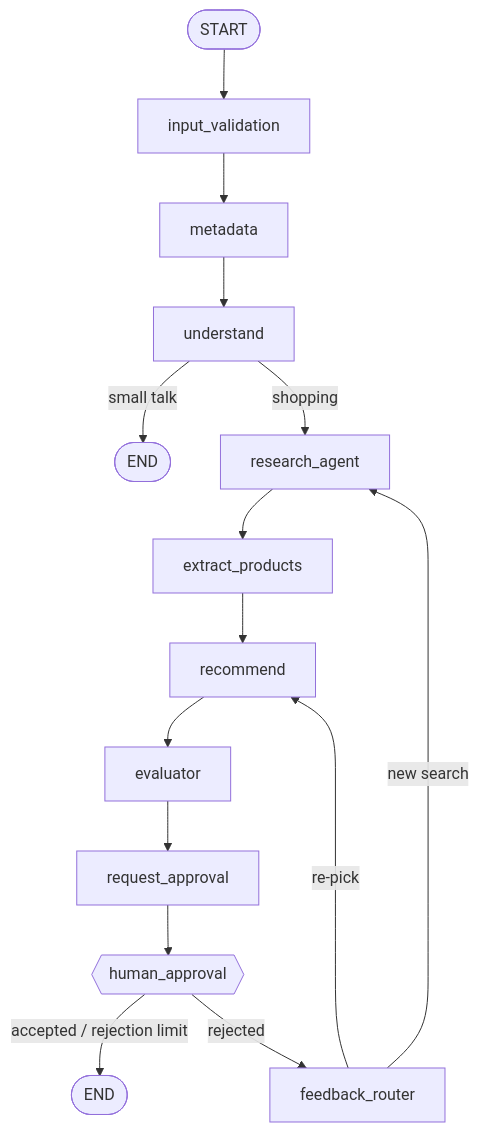
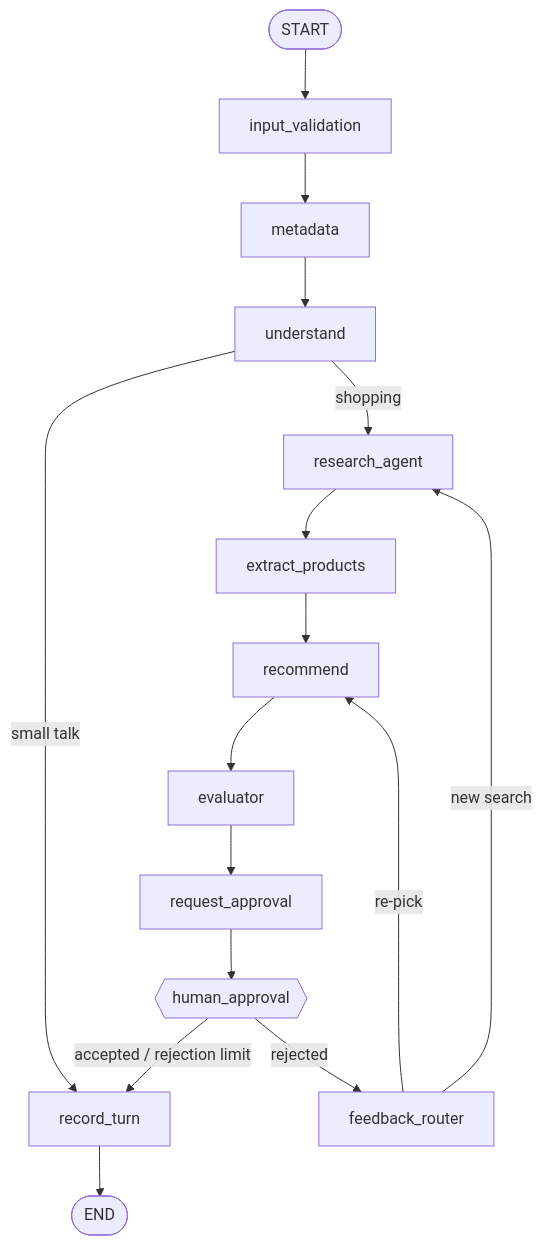
The diagram in README.md (DucwTran/ShoppingAssistantAgent), drawn with Mermaid before and after one commit. The commit also changed other lines of this file and 31 other files, not shown here.

````diff
--- a/README.md
+++ b/README.md
@@ -18,12 +19,13 @@
 ```mermaid
 flowchart TD
     START([START]) --> IV[input_validation] --> MD[metadata] --> UN[understand]
-    UN -->|small talk| END1([END])
+    UN -->|small talk| RT[record_turn]
     UN -->|shopping| RA[research_agent]
     RA --> EP[extract_products] --> REC[recommend] --> EV[evaluator]
     EV --> RQ[request_approval] --> HA{{human_approval}}
-    HA -->|accepted / rejection limit| END2([END])
+    HA -->|accepted / rejection limit| RT
     HA -->|rejected| FR[feedback_router]
     FR -->|new search| RA
     FR -->|re-pick| REC
+    RT --> END1([END])
 ```
````
